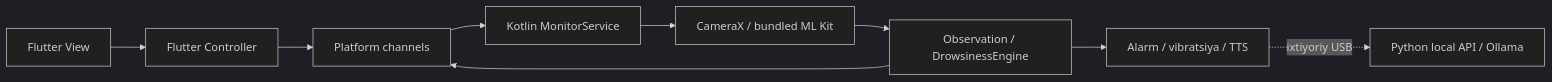
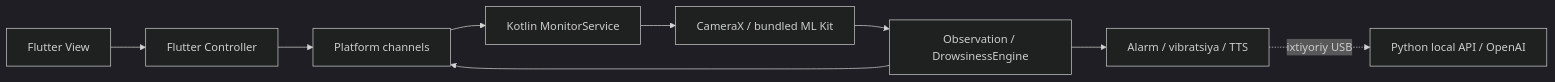
The diagram in docs/ARCHITECTURE.md (mukhammaddiyor01/SafeDriveAI), drawn with Mermaid (dark theme) before and after one commit. The commit also changed other lines of this file and 11 other files, not shown here.

````diff
--- a/docs/ARCHITECTURE.md
+++ b/docs/ARCHITECTURE.md
@@ -11,11 +11,11 @@
 ```mermaid
 flowchart LR
   V[Flutter View] --> C[Flutter Controller]
   C --> B[Platform channels]
   B --> S[Kotlin MonitorService]
   S --> K[CameraX / bundled ML Kit]
   K --> M[Observation / DrowsinessEngine]
   M --> A[Alarm / vibratsiya / TTS]
   M --> B
-  A -. ixtiyoriy USB .-> P[Python local API / Ollama]
+  A -. ixtiyoriy USB .-> P[Python local API / OpenAI]
 ```
````
